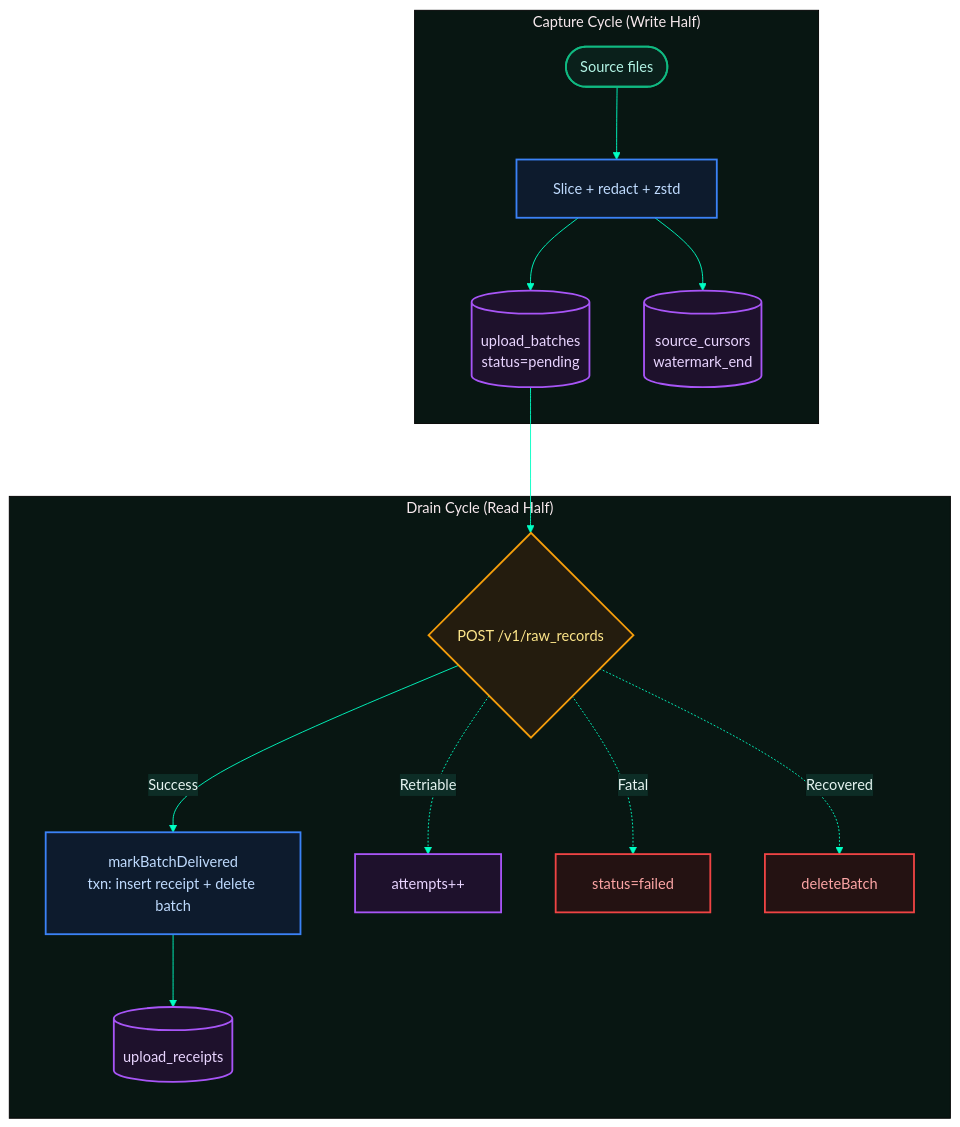
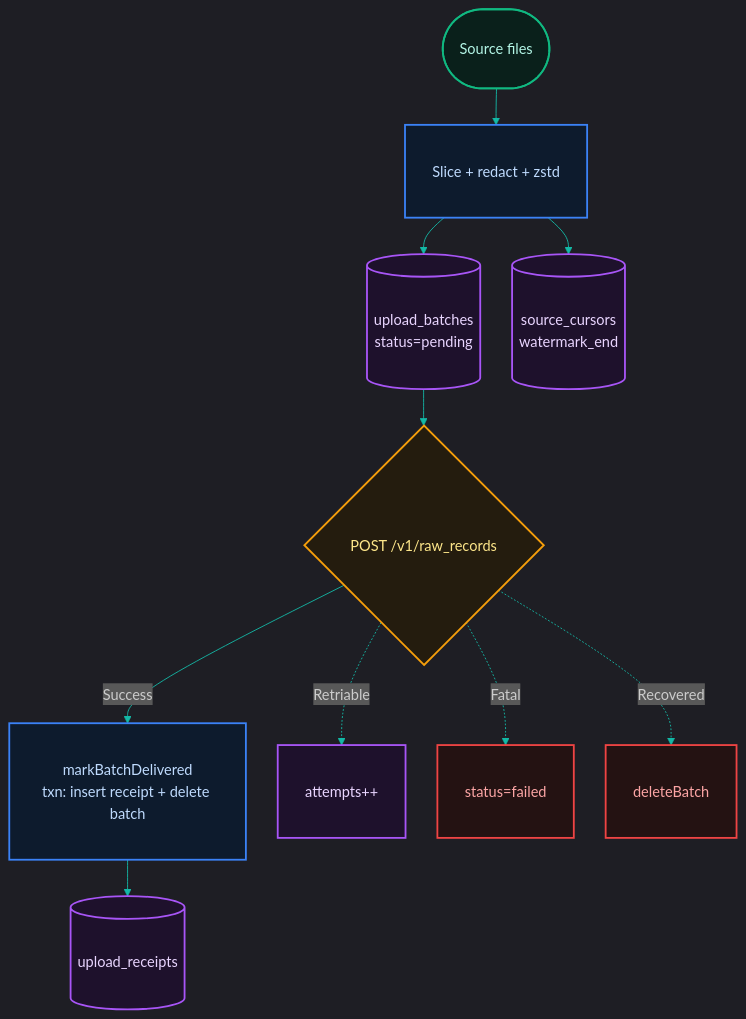
The second of 2 diagrams in docs/03-buffer/3.1-buffer.md (proxai/proxai_gateway), drawn with Mermaid before and after one commit. The commit also changed other lines of this file and 68 other files, not shown here.

````diff
--- a/docs/03-buffer/3.1-buffer.md
+++ b/docs/03-buffer/3.1-buffer.md
@@ -36,50 +65,31 @@
 ```mermaid
-%%{init: {"flowchart": {"useMaxWidth": false, "htmlLabels": true, "curve": "basis", "nodeSpacing": 60, "rankSpacing": 80, "padding": 20}, "theme": "base", "themeVariables": {"background": "#081612", "primaryColor": "#0c231f", "primaryTextColor": "#e6f4f1", "primaryBorderColor": "#00ffc4", "lineColor": "#00ffc4", "secondaryColor": "#0d2d26", "tertiaryColor": "#081612", "mainBkg": "#0c231f", "mainBkgColor": "#0c231f", "mainBorderColor": "#00ffc4", "mainTextColor": "#e6f4f1"}, "themeCSS": ".edgePath .path { stroke: #00ffc4 !important; stroke-width: 2px !important; filter: drop-shadow(0 0 3px #00ffc4); } .edgePath .marker-end { fill: #00ffc4 !important; } .label { color: #e6f4f1 !important; }"}}%%
+%%{init: {"theme": "dark", "themeVariables": {"primaryColor": "#0a201b", "primaryTextColor": "#ccfbf1", "primaryBorderColor": "#14b8a6", "lineColor": "#14b8a6", "fontFamily": "Inter, sans-serif"}, "flowchart": {"nodeSpacing": 35, "rankSpacing": 40}}}%%
 flowchart TD
-  subgraph Capture ["Capture Cycle (Write Half)"]
-    src([Source files]) --> slice[Slice + redact + zstd]
-    slice --> ub[(upload_batches<br/>status=pending)]
-    slice --> cur[(source_cursors<br/>watermark_end)]
-  end
+  src([Source files]) --> slice[Slice + redact + zstd]
+  slice --> ub[(upload_batches<br/>status=pending)]
+  slice --> cur[(source_cursors<br/>watermark_end)]
+  ub --> http{POST /v1/raw_records}
+  http -->|"Success"| recv[markBatchDelivered<br/>txn: insert receipt + delete batch]
+  recv --> ur[(upload_receipts)]
+  http -.->|"Retriable"| retry[attempts++]
+  http -.->|"Fatal"| failed[status=failed]
+  http -.->|"Recovered"| del[deleteBatch]
 
-  subgraph Drain ["Drain Cycle (Read Half)"]
-    http{POST /v1/raw_records}
-    recv[markBatchDelivered<br/>txn: insert receipt + delete batch]
-    ur[(upload_receipts)]
-    
-    http -->|Success| recv
-    recv --> ur
-    
-    retry[attempts++]
-    failed[status=failed]
-    del[deleteBatch]
-  end
+  classDef startNode fill:#0a201b,stroke:#10b981,stroke-width:2px,color:#b3f5e6,padding:10px 25px;
+  classDef stopNode fill:#241212,stroke:#ef4444,stroke-width:2px,color:#fca5a5,padding:10px 25px;
+  classDef decNode fill:#241c0e,stroke:#f59e0b,stroke-width:2px,color:#fde68a,padding:10px 20px;
+  classDef processNode fill:#0d1b2d,stroke:#3b82f6,stroke-width:2px,color:#bfdbfe,padding:10px 20px;
+  classDef actionNode fill:#1e112c,stroke:#a855f7,stroke-width:2px,color:#e9d5ff,padding:10px 20px;
+  classDef default fill:#0a201b,stroke:#14b8a6,stroke-width:2px,color:#ccfbf1,padding:10px 20px;
 
-  %% Connection between loops
-  ub --> http
-
-  %% Decision Outcomes (dotted lines)
-  http -.->|Retriable| retry
-  http -.->|Fatal| failed
-  http -.->|Recovered| del
-
-  %% Theme Taxonomy Class Definitions
-  classDef startNode fill:#0a201b,stroke:#10b981,stroke-width:2px,color:#b3f5e6;
-  classDef stopNode fill:#241212,stroke:#ef4444,stroke-width:2px,color:#fca5a5;
-  classDef decNode fill:#241c0e,stroke:#f59e0b,stroke-width:2px,color:#fde68a;
-  classDef processNode fill:#0d1b2d,stroke:#3b82f6,stroke-width:2px,color:#bfdbfe;
-  classDef actionNode fill:#1e112c,stroke:#a855f7,stroke-width:2px,color:#e9d5ff;
-  classDef default fill:#0a201b,stroke:#14b8a6,stroke-width:2px,color:#ccfbf1;
-
-  %% Class Assignments
   class src startNode;
   class failed stopNode;
   class del stopNode;
   class http decNode;
   class slice processNode;
   class recv processNode;
   class ub actionNode;
   class cur actionNode;
   class ur actionNode;
   class retry actionNode;
 ```
````
